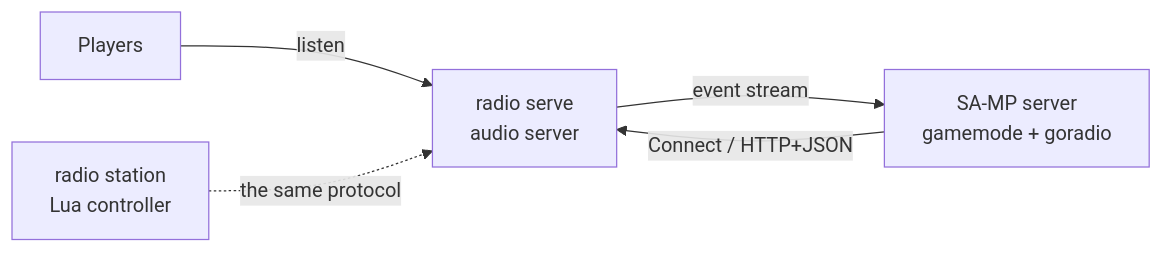
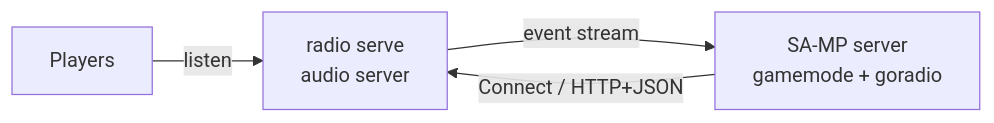
Before and after one commit to GoRadioServer/goradio-samp: the diagram in docs/content/index.md, drawn with Mermaid. The commit also changed other lines of this file and 16 other files, not shown here.

````diff
--- a/docs/content/index.md
+++ b/docs/content/index.md
@@ -71,7 +71,6 @@
 ```mermaid
 flowchart LR
     P[Players] -->|listen| A
     S[SA-MP server<br/>gamemode + goradio] -->|"Connect / HTTP+JSON"| A[radio serve<br/>audio server]
     A -->|"event stream"| S
-    L[radio station<br/>Lua controller] -.->|"the same protocol"| A
 ```
````
